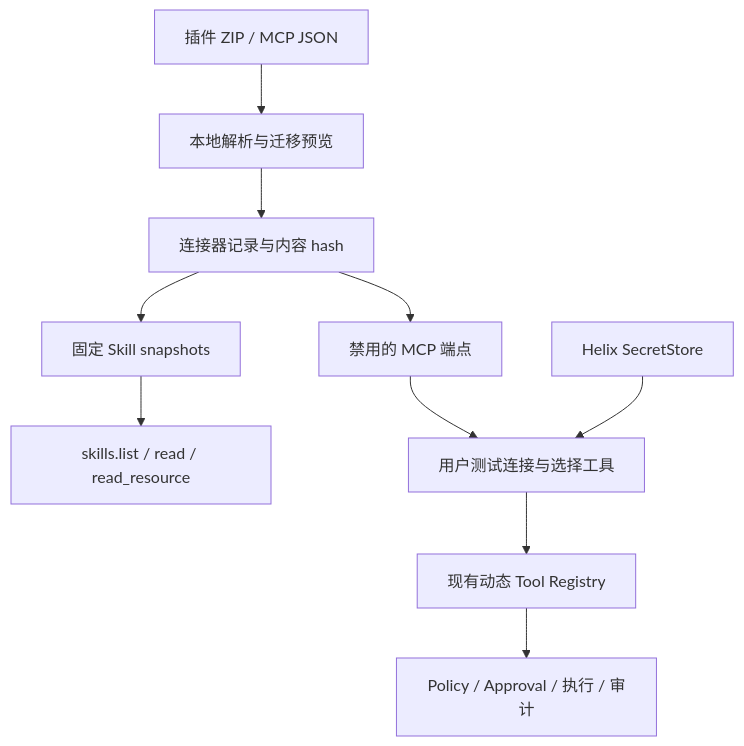
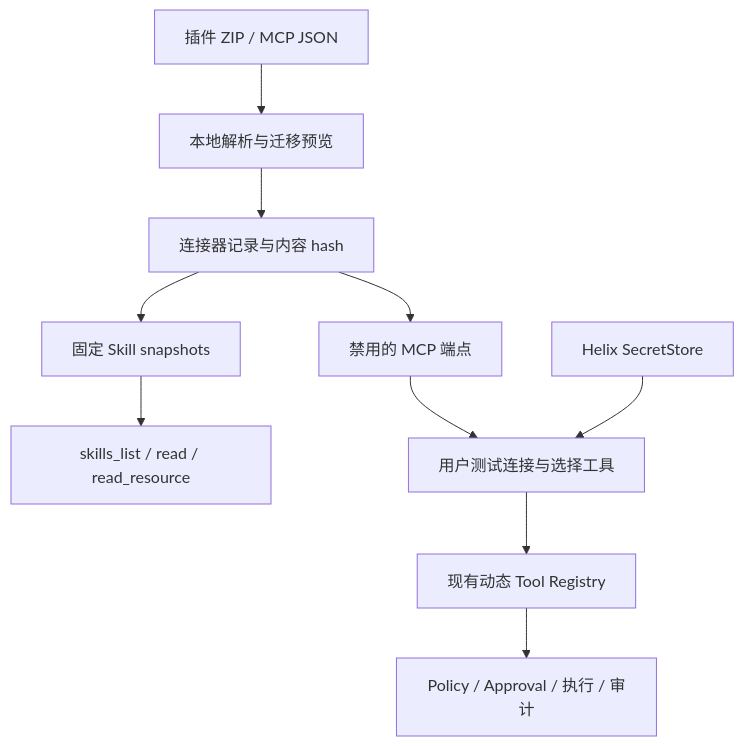
Before and after one commit to dollarser/helix-agent: the diagram in docs/architecture/connector-portability.md, drawn with Mermaid. The commit also changed other lines of this file and 892 other files, not shown here.

````diff
--- a/docs/architecture/connector-portability.md
+++ b/docs/architecture/connector-portability.md
@@ -9,12 +9,12 @@
 ```mermaid
 flowchart TD
     ZIP[插件 ZIP / MCP JSON] --> Preview[本地解析与迁移预览]
     Preview --> Package[连接器记录与内容 hash]
     Package --> Skills[固定 Skill snapshots]
     Package --> MCP[禁用的 MCP 端点]
-    Skills --> Read[skills.list / read / read_resource]
+    Skills --> Read[skills_list / read / read_resource]
     MCP --> Test[用户测试连接与选择工具]
     Test --> Registry[现有动态 Tool Registry]
     Registry --> Dispatcher[Policy / Approval / 执行 / 审计]
     Secret[Helix SecretStore] --> Test
 ```
````
